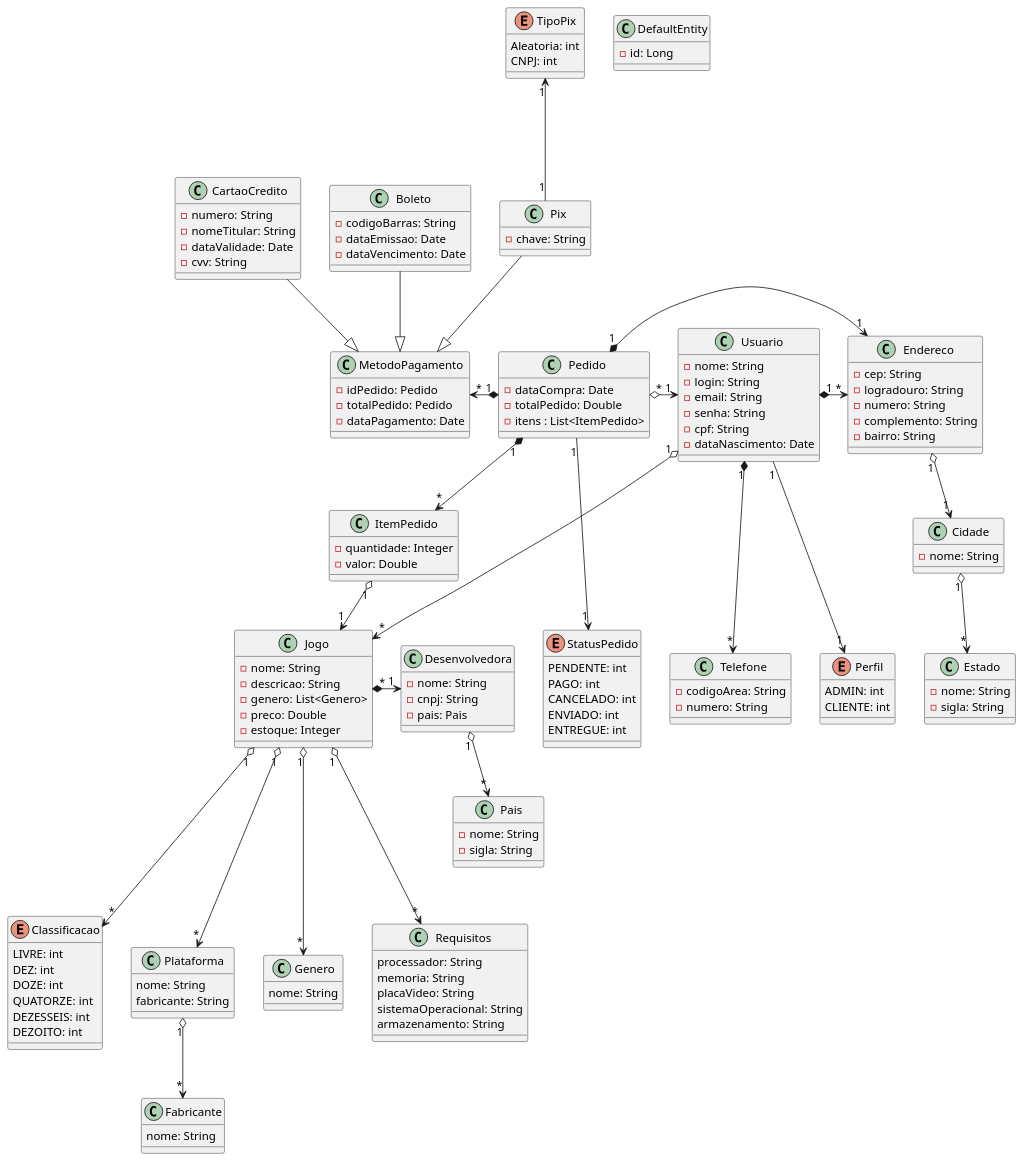
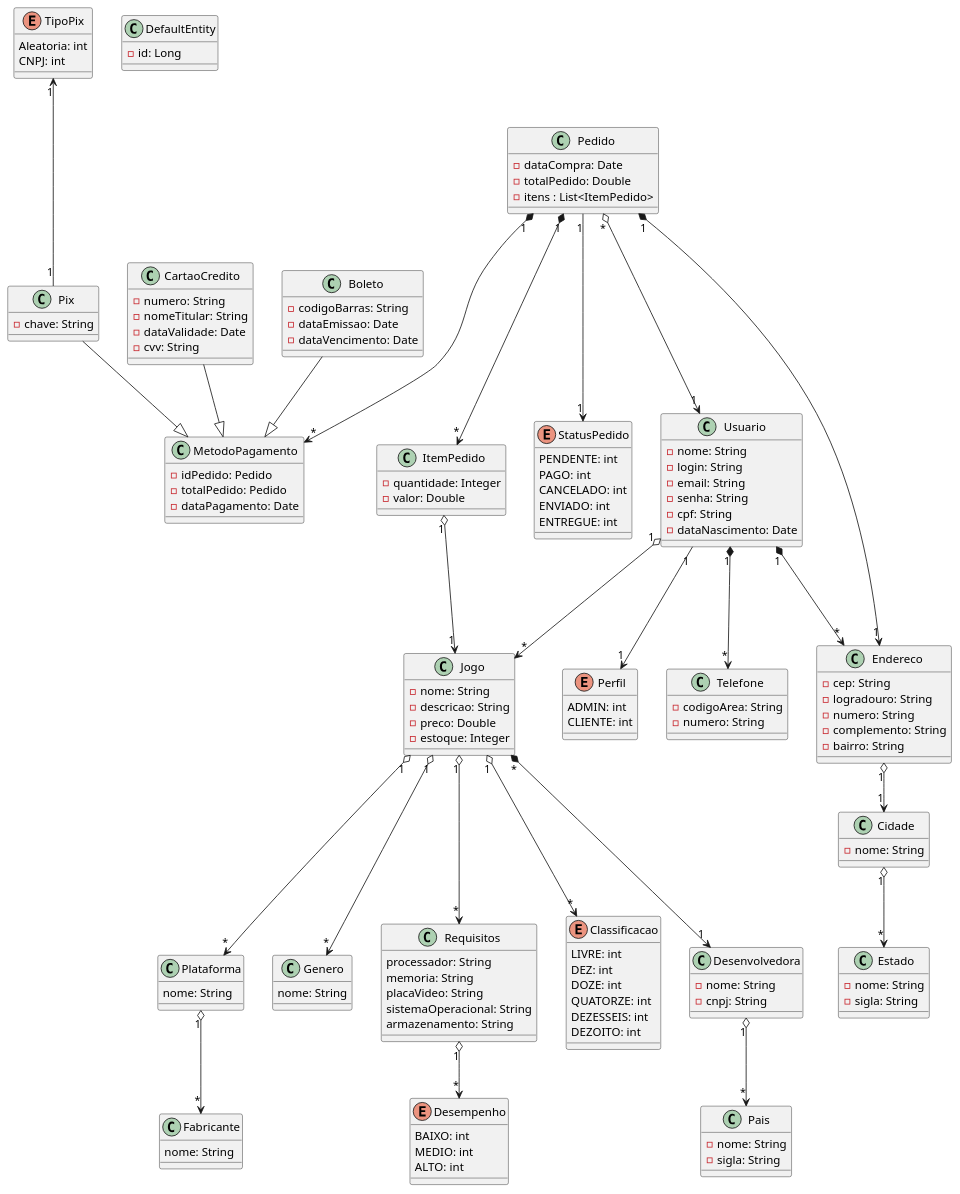
Before and after one commit to luisnoleto/topicos2-quarkus: the diagram in uml.plantuml, drawn with PlantUML.

Commit message:
add desempenho

```diff
--- a/uml.plantuml
+++ b/uml.plantuml
@@ -1,178 +1,184 @@
 @startuml Uml
 
 class DefaultEntity{
     - id: Long
 }
 
 class Usuario{
     - nome: String
     - login: String
     - email: String
     - senha: String
     - cpf: String
     - dataNascimento: Date
 }
 
 class CartaoCredito{
     - numero: String
     - nomeTitular: String
     - dataValidade: Date
     - cvv: String
 }
 
 class MetodoPagamento{
     - idPedido: Pedido
     - totalPedido: Pedido
     - dataPagamento: Date
 }
 
 
 class Telefone{
     - codigoArea: String
     - numero: String
 }
 
 class Jogo{
     - nome: String
     - descricao: String
-    - genero: List<Genero>
     - preco: Double
     - estoque: Integer
 }
 
 class Boleto{
     - codigoBarras: String
     - dataEmissao: Date
     - dataVencimento: Date
 }
 
 class Pix{
     - chave: String
 }
 
 class Endereco{
     - cep: String
     - logradouro: String
     - numero: String
     - complemento: String
     - bairro: String
 }
 
 class Cidade{
     - nome: String
 }
 
 class Estado{
     - nome: String
     - sigla: String
 }
 
 class Pedido{
     - dataCompra: Date
     - totalPedido: Double
     - itens : List<ItemPedido>
 }
 
 class ItemPedido{
     - quantidade: Integer
     - valor: Double
 
 }
 
 class Pais{
     - nome: String
     - sigla: String
 
 }
 
 class Desenvolvedora{
     - nome: String
     - cnpj: String
-    - pais: Pais
 }
 
 
 class Plataforma{
     nome: String
-    fabricante: String
 }
 
 class Genero{
     nome: String
 }
 
 
 class Fabricante{
     nome: String
 }
 
 
 class Requisitos{
     processador: String
     memoria: String
     placaVideo: String
     sistemaOperacional: String
     armazenamento: String
 }
+
+
 
 Enum StatusPedido{
     PENDENTE: int
     PAGO: int
     CANCELADO: int
     ENVIADO: int
     ENTREGUE: int
 }
 
 Enum Classificacao{
     LIVRE: int
     DEZ: int
     DOZE: int
     QUATORZE: int
     DEZESSEIS: int
     DEZOITO: int
 }
 
 Enum TipoPix{
     Aleatoria: int
     CNPJ: int
 }
 
 Enum Perfil{
     ADMIN: int
     CLIENTE: int
 }
 
+Enum Desempenho{
+    BAIXO: int
+    MEDIO: int
+    ALTO: int
+}
 
 
-Usuario "1" *--down-> "*" Telefone
-Usuario "1" *--right-> "*" Endereco
-Usuario "1" o--down-> "*" Jogo
-Usuario "1" --down-> "1" Perfil
+Usuario "1" *---> "*" Endereco
+Usuario "1" *---> "*" Telefone
+Usuario "1" o---> "*" Jogo
+Usuario "1" ---> "1" Perfil
 
-Pedido "*" o--right-> "1" Usuario
-Pedido "1" *--right->"*" ItemPedido
-Pedido "1" --down-> "1" StatusPedido
-Pedido "1" *--right-> "1" Endereco
-Pedido "1" *--left-> "*" MetodoPagamento
+Pedido "*" o---> "1" Usuario
+Pedido "1" *--->"*" ItemPedido
+Pedido "1" ---> "1" StatusPedido
+Pedido "1" *---> "1" Endereco
+Pedido "1" *---> "*" MetodoPagamento
 
-ItemPedido "1" o--> "1" Jogo
+ItemPedido "1" o---> "1" Jogo
 
 
-Jogo "*" *--right-> "1" Desenvolvedora
-Jogo "1" o--down-> "*" Genero
-Jogo "1" o--down-> "*" Classificacao
-Jogo "1" o--down-> "*" Plataforma
-Jogo "1" o--down-> "*" Requisitos
+Jogo "*" *---> "1" Desenvolvedora
+Jogo "1" o---> "*" Genero
+Jogo "1" o---> "*" Classificacao
+Jogo "1" o---> "*" Plataforma
+Jogo "1" o---> "*" Requisitos
 Endereco "1" o--> "1" Cidade
 Cidade "1" o--> "*" Estado
 
 Desenvolvedora "1" o--> "*" Pais
 Plataforma "1" o--> "*" Fabricante
+
+Requisitos "1" o--> "*" Desempenho
 
 Pix "1" --up-> "1" TipoPix
 Boleto --|> MetodoPagamento
 Pix --|> MetodoPagamento
 CartaoCredito --|> MetodoPagamento
 
 
 @enduml
```
